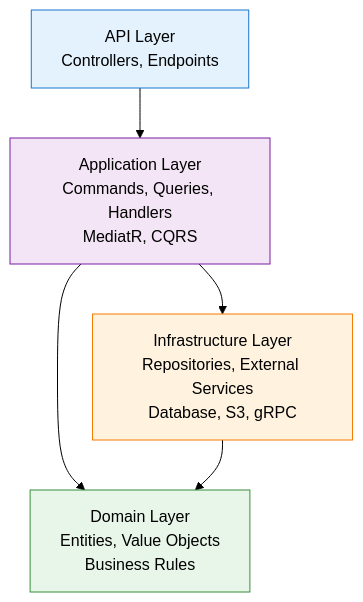
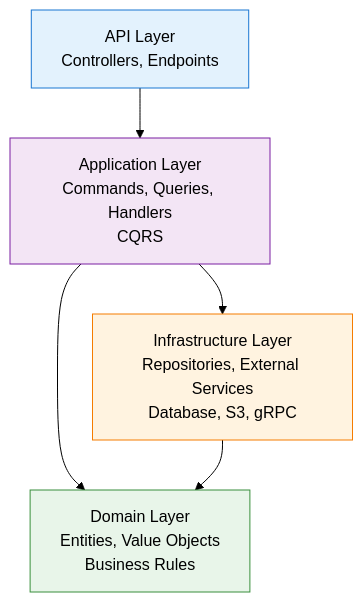
The fourth of 4 diagrams in README.md (vahidForughi/my-agent-team), drawn with Mermaid (forest theme) before and after one commit. The commit also changed other lines of this file, not shown here.

````diff
--- a/README.md
+++ b/README.md
@@ -218,22 +213,22 @@
 ```mermaid
 graph TD
     API["API Layer<br/>Controllers, Endpoints"]
-    App["Application Layer<br/>Commands, Queries, Handlers<br/>MediatR, CQRS"]
+    App["Application Layer<br/>Commands, Queries, Handlers<br/>CQRS"]
     Domain["Domain Layer<br/>Entities, Value Objects<br/>Business Rules"]
     Infra["Infrastructure Layer<br/>Repositories, External Services<br/>Database, S3, gRPC"]
 
     API --> App
     App --> Domain
     App --> Infra
     Infra --> Domain
 
     classDef api fill:#e3f2fd,stroke:#1976d2,color:#000
     classDef app fill:#f3e5f5,stroke:#7b1fa2,color:#000
     classDef domain fill:#e8f5e9,stroke:#388e3c,color:#000
     classDef infra fill:#fff3e0,stroke:#f57c00,color:#000
 
     class API api
     class App app
     class Domain domain
     class Infra infra
 ```
````
